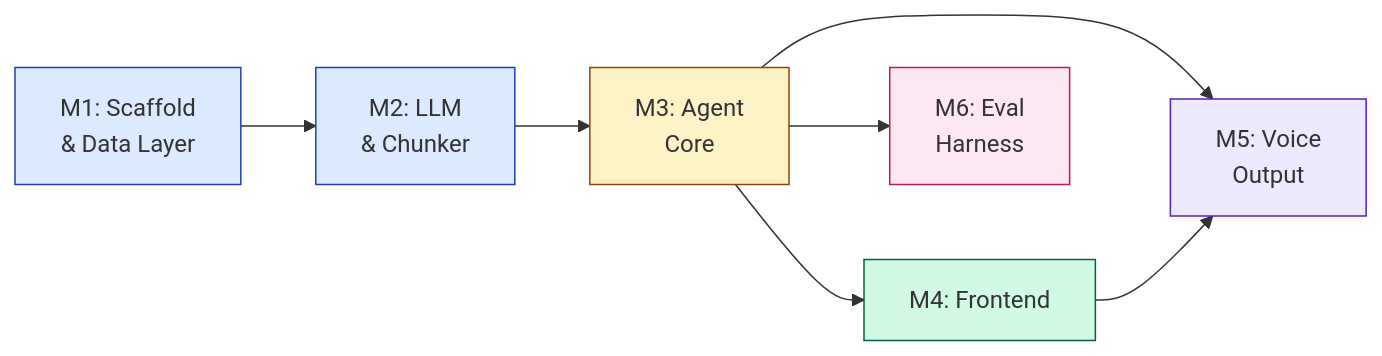
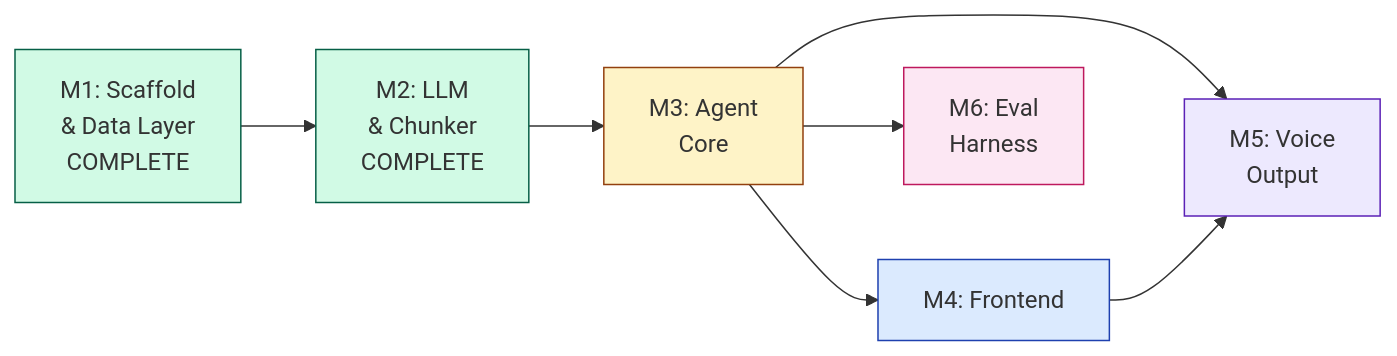
Before and after one commit to darth-dodo/voxpopuli: the third of 3 diagrams in architecture.md, drawn with Mermaid. The commit also changed other lines of this file and 23 other files, not shown here.

First line of the commit message:
implement M2: LLM provider stack and content chunker (#3)

````diff
--- a/architecture.md
+++ b/architecture.md
@@ -503,16 +532,16 @@
 ```mermaid
 graph LR
-    M1["M1: Scaffold<br/>& Data Layer"] --> M2["M2: LLM<br/>& Chunker"]
+    M1["M1: Scaffold<br/>& Data Layer<br/>COMPLETE"] --> M2["M2: LLM<br/>& Chunker<br/>COMPLETE"]
     M2 --> M3["M3: Agent<br/>Core"]
     M3 --> M4["M4: Frontend"]
     M3 --> M5["M5: Voice<br/>Output"]
     M3 --> M6["M6: Eval<br/>Harness"]
     M4 --> M5
 
-    style M1 fill:#dbeafe,stroke:#1e40af
-    style M2 fill:#dbeafe,stroke:#1e40af
+    style M1 fill:#d1fae5,stroke:#065f46
+    style M2 fill:#d1fae5,stroke:#065f46
     style M3 fill:#fef3c7,stroke:#92400e
-    style M4 fill:#d1fae5,stroke:#065f46
+    style M4 fill:#dbeafe,stroke:#1e40af
     style M5 fill:#ede9fe,stroke:#5b21b6
     style M6 fill:#fce7f3,stroke:#be185d
 ```
````
